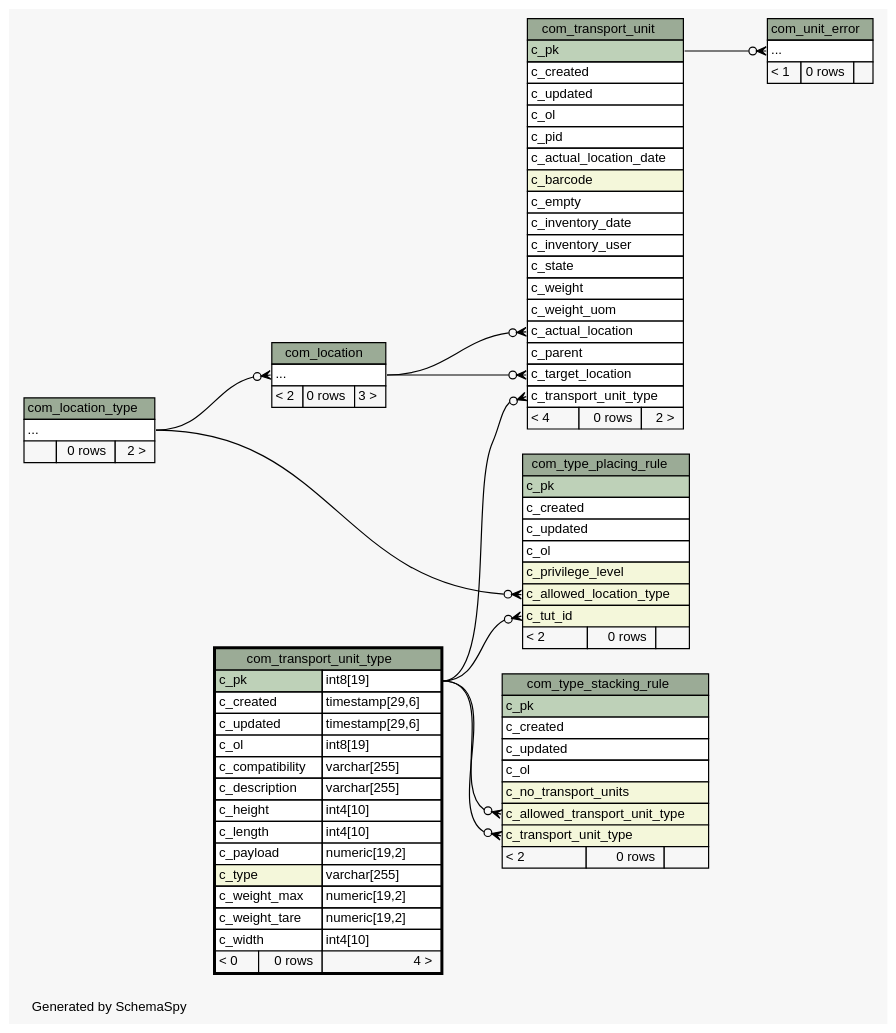
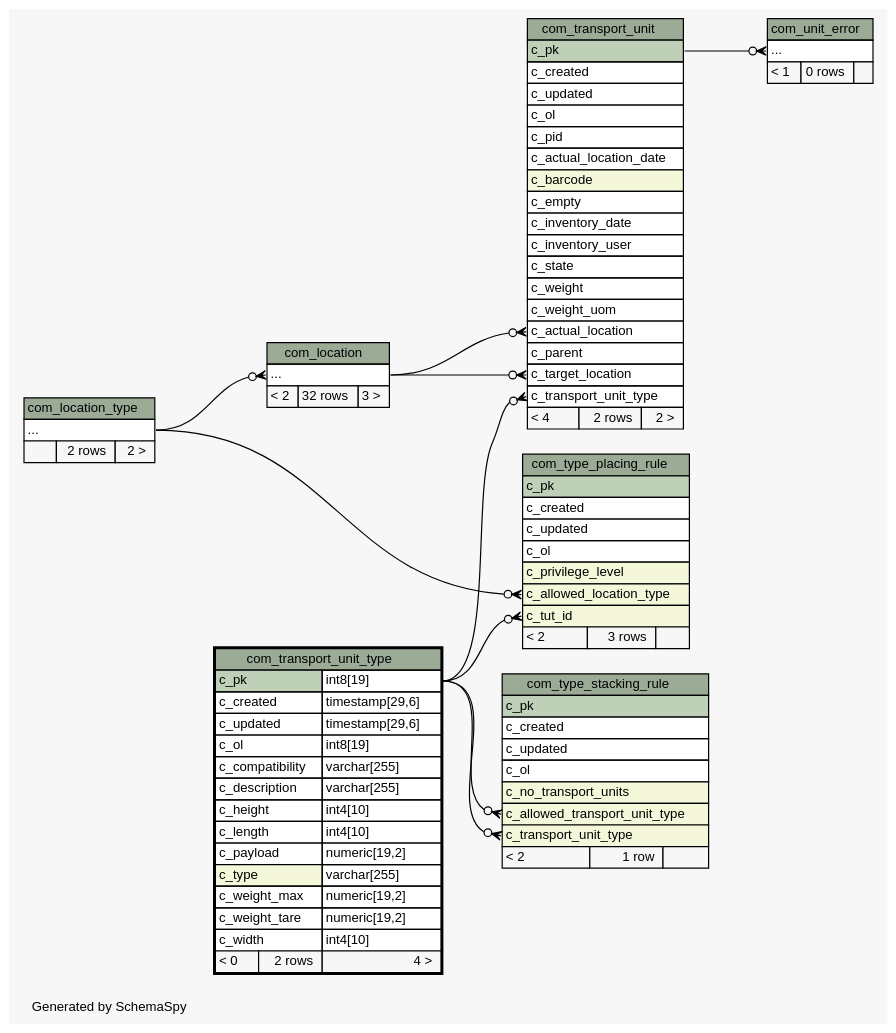
One commit to openwms/org.openwms.common.service.lib changed the diagram in schemaspy/diagrams/com_transport_unit_type.2degrees.dot. Above: the diagram before and after it, drawn with Graphviz. The commit also changed 551 other files, not shown here.

```diff
--- a/schemaspy/diagrams/com_transport_unit_type.2degrees.dot
+++ b/schemaspy/diagrams/com_transport_unit_type.2degrees.dot
@@ -1,141 +1,141 @@
-// dot 2.38.0 on Linux 4.15.0-1037-gcp
+// dot 2.36.0 on Linux 4.4.0-101-generic
 // SchemaSpy rev Unknown
 digraph "twoDegreesRelationshipsDiagram" {
   graph [
     rankdir="RL"
     bgcolor="#f7f7f7"
     label="\nGenerated by SchemaSpy"
     labeljust="l"
     nodesep="0.18"
     ranksep="0.46"
     fontname="Helvetica"
     fontsize="11"
   ];
   node [
     fontname="Helvetica"
     fontsize="11"
     shape="plaintext"
   ];
   edge [
     arrowsize="0.8"
   ];
   "com_location":"elipses":w -> "com_location_type":"elipses":e [arrowhead=none dir=back arrowtail=crowodot];
   "com_transport_unit":"c_actual_location":w -> "com_location":"elipses":e [arrowhead=none dir=back arrowtail=crowodot];
   "com_transport_unit":"c_target_location":w -> "com_location":"elipses":e [arrowhead=none dir=back arrowtail=crowodot];
   "com_transport_unit":"c_transport_unit_type":w -> "com_transport_unit_type":"c_pk.type":e [arrowhead=none dir=back arrowtail=crowodot];
   "com_type_placing_rule":"c_allowed_location_type":w -> "com_location_type":"elipses":e [arrowhead=none dir=back arrowtail=crowodot];
   "com_type_placing_rule":"c_tut_id":w -> "com_transport_unit_type":"c_pk.type":e [arrowhead=none dir=back arrowtail=crowodot];
   "com_type_stacking_rule":"c_allowed_transport_unit_type":w -> "com_transport_unit_type":"c_pk.type":e [arrowhead=none dir=back arrowtail=crowodot];
   "com_type_stacking_rule":"c_transport_unit_type":w -> "com_transport_unit_type":"c_pk.type":e [arrowhead=none dir=back arrowtail=crowodot];
   "com_unit_error":"elipses":w -> "com_transport_unit":"c_pk":e [arrowhead=none dir=back arrowtail=crowodot];
   "com_location" [
     label=<
     <TABLE BORDER="0" CELLBORDER="1" CELLSPACING="0" BGCOLOR="#ffffff">
       <TR><TD COLSPAN="3" BGCOLOR="#9bab96" ALIGN="CENTER">com_location</TD></TR>
       <TR><TD PORT="elipses" COLSPAN="3" ALIGN="LEFT">...</TD></TR>
-      <TR><TD ALIGN="LEFT" BGCOLOR="#f7f7f7">&lt; 2</TD><TD ALIGN="RIGHT" BGCOLOR="#f7f7f7">0 rows</TD><TD ALIGN="RIGHT" BGCOLOR="#f7f7f7">3 &gt;</TD></TR>
+      <TR><TD ALIGN="LEFT" BGCOLOR="#f7f7f7">&lt; 2</TD><TD ALIGN="RIGHT" BGCOLOR="#f7f7f7">32 rows</TD><TD ALIGN="RIGHT" BGCOLOR="#f7f7f7">3 &gt;</TD></TR>
     </TABLE>>
     URL="com_location.html"
     tooltip="com_location"
   ];
   "com_location_type" [
     label=<
     <TABLE BORDER="0" CELLBORDER="1" CELLSPACING="0" BGCOLOR="#ffffff">
       <TR><TD COLSPAN="3" BGCOLOR="#9bab96" ALIGN="CENTER">com_location_type</TD></TR>
       <TR><TD PORT="elipses" COLSPAN="3" ALIGN="LEFT">...</TD></TR>
-      <TR><TD ALIGN="LEFT" BGCOLOR="#f7f7f7">  </TD><TD ALIGN="RIGHT" BGCOLOR="#f7f7f7">0 rows</TD><TD ALIGN="RIGHT" BGCOLOR="#f7f7f7">2 &gt;</TD></TR>
+      <TR><TD ALIGN="LEFT" BGCOLOR="#f7f7f7">  </TD><TD ALIGN="RIGHT" BGCOLOR="#f7f7f7">2 rows</TD><TD ALIGN="RIGHT" BGCOLOR="#f7f7f7">2 &gt;</TD></TR>
     </TABLE>>
     URL="com_location_type.html"
     tooltip="com_location_type"
   ];
   "com_transport_unit" [
     label=<
     <TABLE BORDER="0" CELLBORDER="1" CELLSPACING="0" BGCOLOR="#ffffff">
       <TR><TD COLSPAN="3" BGCOLOR="#9bab96" ALIGN="CENTER">com_transport_unit</TD></TR>
       <TR><TD PORT="c_pk" COLSPAN="3" BGCOLOR="#bed1b8" ALIGN="LEFT">c_pk</TD></TR>
       <TR><TD PORT="c_created" COLSPAN="3" ALIGN="LEFT">c_created</TD></TR>
       <TR><TD PORT="c_updated" COLSPAN="3" ALIGN="LEFT">c_updated</TD></TR>
       <TR><TD PORT="c_ol" COLSPAN="3" ALIGN="LEFT">c_ol</TD></TR>
       <TR><TD PORT="c_pid" COLSPAN="3" ALIGN="LEFT">c_pid</TD></TR>
       <TR><TD PORT="c_actual_location_date" COLSPAN="3" ALIGN="LEFT">c_actual_location_date</TD></TR>
       <TR><TD PORT="c_barcode" COLSPAN="3" BGCOLOR="#f4f7da" ALIGN="LEFT">c_barcode</TD></TR>
       <TR><TD PORT="c_empty" COLSPAN="3" ALIGN="LEFT">c_empty</TD></TR>
       <TR><TD PORT="c_inventory_date" COLSPAN="3" ALIGN="LEFT">c_inventory_date</TD></TR>
       <TR><TD PORT="c_inventory_user" COLSPAN="3" ALIGN="LEFT">c_inventory_user</TD></TR>
       <TR><TD PORT="c_state" COLSPAN="3" ALIGN="LEFT">c_state</TD></TR>
       <TR><TD PORT="c_weight" COLSPAN="3" ALIGN="LEFT">c_weight</TD></TR>
       <TR><TD PORT="c_weight_uom" COLSPAN="3" ALIGN="LEFT">c_weight_uom</TD></TR>
       <TR><TD PORT="c_actual_location" COLSPAN="3" ALIGN="LEFT">c_actual_location</TD></TR>
       <TR><TD PORT="c_parent" COLSPAN="3" ALIGN="LEFT">c_parent</TD></TR>
       <TR><TD PORT="c_target_location" COLSPAN="3" ALIGN="LEFT">c_target_location</TD></TR>
       <TR><TD PORT="c_transport_unit_type" COLSPAN="3" ALIGN="LEFT">c_transport_unit_type</TD></TR>
-      <TR><TD ALIGN="LEFT" BGCOLOR="#f7f7f7">&lt; 4</TD><TD ALIGN="RIGHT" BGCOLOR="#f7f7f7">0 rows</TD><TD ALIGN="RIGHT" BGCOLOR="#f7f7f7">2 &gt;</TD></TR>
+      <TR><TD ALIGN="LEFT" BGCOLOR="#f7f7f7">&lt; 4</TD><TD ALIGN="RIGHT" BGCOLOR="#f7f7f7">2 rows</TD><TD ALIGN="RIGHT" BGCOLOR="#f7f7f7">2 &gt;</TD></TR>
     </TABLE>>
     URL="com_transport_unit.html"
     tooltip="com_transport_unit"
   ];
   "com_transport_unit_type" [
     label=<
     <TABLE BORDER="2" CELLBORDER="1" CELLSPACING="0" BGCOLOR="#ffffff">
       <TR><TD COLSPAN="3" BGCOLOR="#9bab96" ALIGN="CENTER">com_transport_unit_type</TD></TR>
       <TR><TD PORT="c_pk" COLSPAN="2" BGCOLOR="#bed1b8" ALIGN="LEFT">c_pk</TD><TD PORT="c_pk.type" ALIGN="LEFT">int8[19]</TD></TR>
       <TR><TD PORT="c_created" COLSPAN="2" ALIGN="LEFT">c_created</TD><TD PORT="c_created.type" ALIGN="LEFT">timestamp[29,6]</TD></TR>
       <TR><TD PORT="c_updated" COLSPAN="2" ALIGN="LEFT">c_updated</TD><TD PORT="c_updated.type" ALIGN="LEFT">timestamp[29,6]</TD></TR>
       <TR><TD PORT="c_ol" COLSPAN="2" ALIGN="LEFT">c_ol</TD><TD PORT="c_ol.type" ALIGN="LEFT">int8[19]</TD></TR>
       <TR><TD PORT="c_compatibility" COLSPAN="2" ALIGN="LEFT">c_compatibility</TD><TD PORT="c_compatibility.type" ALIGN="LEFT">varchar[255]</TD></TR>
       <TR><TD PORT="c_description" COLSPAN="2" ALIGN="LEFT">c_description</TD><TD PORT="c_description.type" ALIGN="LEFT">varchar[255]</TD></TR>
       <TR><TD PORT="c_height" COLSPAN="2" ALIGN="LEFT">c_height</TD><TD PORT="c_height.type" ALIGN="LEFT">int4[10]</TD></TR>
       <TR><TD PORT="c_length" COLSPAN="2" ALIGN="LEFT">c_length</TD><TD PORT="c_length.type" ALIGN="LEFT">int4[10]</TD></TR>
       <TR><TD PORT="c_payload" COLSPAN="2" ALIGN="LEFT">c_payload</TD><TD PORT="c_payload.type" ALIGN="LEFT">numeric[19,2]</TD></TR>
       <TR><TD PORT="c_type" COLSPAN="2" BGCOLOR="#f4f7da" ALIGN="LEFT">c_type</TD><TD PORT="c_type.type" ALIGN="LEFT">varchar[255]</TD></TR>
       <TR><TD PORT="c_weight_max" COLSPAN="2" ALIGN="LEFT">c_weight_max</TD><TD PORT="c_weight_max.type" ALIGN="LEFT">numeric[19,2]</TD></TR>
       <TR><TD PORT="c_weight_tare" COLSPAN="2" ALIGN="LEFT">c_weight_tare</TD><TD PORT="c_weight_tare.type" ALIGN="LEFT">numeric[19,2]</TD></TR>
       <TR><TD PORT="c_width" COLSPAN="2" ALIGN="LEFT">c_width</TD><TD PORT="c_width.type" ALIGN="LEFT">int4[10]</TD></TR>
-      <TR><TD ALIGN="LEFT" BGCOLOR="#f7f7f7">&lt; 0</TD><TD ALIGN="RIGHT" BGCOLOR="#f7f7f7">0 rows</TD><TD ALIGN="RIGHT" BGCOLOR="#f7f7f7">4 &gt;</TD></TR>
+      <TR><TD ALIGN="LEFT" BGCOLOR="#f7f7f7">&lt; 0</TD><TD ALIGN="RIGHT" BGCOLOR="#f7f7f7">2 rows</TD><TD ALIGN="RIGHT" BGCOLOR="#f7f7f7">4 &gt;</TD></TR>
     </TABLE>>
     URL="com_transport_unit_type.html"
     tooltip="com_transport_unit_type"
   ];
   "com_type_placing_rule" [
     label=<
     <TABLE BORDER="0" CELLBORDER="1" CELLSPACING="0" BGCOLOR="#ffffff">
       <TR><TD COLSPAN="3" BGCOLOR="#9bab96" ALIGN="CENTER">com_type_placing_rule</TD></TR>
       <TR><TD PORT="c_pk" COLSPAN="3" BGCOLOR="#bed1b8" ALIGN="LEFT">c_pk</TD></TR>
       <TR><TD PORT="c_created" COLSPAN="3" ALIGN="LEFT">c_created</TD></TR>
       <TR><TD PORT="c_updated" COLSPAN="3" ALIGN="LEFT">c_updated</TD></TR>
       <TR><TD PORT="c_ol" COLSPAN="3" ALIGN="LEFT">c_ol</TD></TR>
       <TR><TD PORT="c_privilege_level" COLSPAN="3" BGCOLOR="#f4f7da" ALIGN="LEFT">c_privilege_level</TD></TR>
       <TR><TD PORT="c_allowed_location_type" COLSPAN="3" BGCOLOR="#f4f7da" ALIGN="LEFT">c_allowed_location_type</TD></TR>
       <TR><TD PORT="c_tut_id" COLSPAN="3" BGCOLOR="#f4f7da" ALIGN="LEFT">c_tut_id</TD></TR>
-      <TR><TD ALIGN="LEFT" BGCOLOR="#f7f7f7">&lt; 2</TD><TD ALIGN="RIGHT" BGCOLOR="#f7f7f7">0 rows</TD><TD ALIGN="RIGHT" BGCOLOR="#f7f7f7">  </TD></TR>
+      <TR><TD ALIGN="LEFT" BGCOLOR="#f7f7f7">&lt; 2</TD><TD ALIGN="RIGHT" BGCOLOR="#f7f7f7">3 rows</TD><TD ALIGN="RIGHT" BGCOLOR="#f7f7f7">  </TD></TR>
     </TABLE>>
     URL="com_type_placing_rule.html"
     tooltip="com_type_placing_rule"
   ];
   "com_type_stacking_rule" [
     label=<
     <TABLE BORDER="0" CELLBORDER="1" CELLSPACING="0" BGCOLOR="#ffffff">
       <TR><TD COLSPAN="3" BGCOLOR="#9bab96" ALIGN="CENTER">com_type_stacking_rule</TD></TR>
       <TR><TD PORT="c_pk" COLSPAN="3" BGCOLOR="#bed1b8" ALIGN="LEFT">c_pk</TD></TR>
       <TR><TD PORT="c_created" COLSPAN="3" ALIGN="LEFT">c_created</TD></TR>
       <TR><TD PORT="c_updated" COLSPAN="3" ALIGN="LEFT">c_updated</TD></TR>
       <TR><TD PORT="c_ol" COLSPAN="3" ALIGN="LEFT">c_ol</TD></TR>
       <TR><TD PORT="c_no_transport_units" COLSPAN="3" BGCOLOR="#f4f7da" ALIGN="LEFT">c_no_transport_units</TD></TR>
       <TR><TD PORT="c_allowed_transport_unit_type" COLSPAN="3" BGCOLOR="#f4f7da" ALIGN="LEFT">c_allowed_transport_unit_type</TD></TR>
       <TR><TD PORT="c_transport_unit_type" COLSPAN="3" BGCOLOR="#f4f7da" ALIGN="LEFT">c_transport_unit_type</TD></TR>
-      <TR><TD ALIGN="LEFT" BGCOLOR="#f7f7f7">&lt; 2</TD><TD ALIGN="RIGHT" BGCOLOR="#f7f7f7">0 rows</TD><TD ALIGN="RIGHT" BGCOLOR="#f7f7f7">  </TD></TR>
+      <TR><TD ALIGN="LEFT" BGCOLOR="#f7f7f7">&lt; 2</TD><TD ALIGN="RIGHT" BGCOLOR="#f7f7f7">1 row</TD><TD ALIGN="RIGHT" BGCOLOR="#f7f7f7">  </TD></TR>
     </TABLE>>
     URL="com_type_stacking_rule.html"
     tooltip="com_type_stacking_rule"
   ];
   "com_unit_error" [
     label=<
     <TABLE BORDER="0" CELLBORDER="1" CELLSPACING="0" BGCOLOR="#ffffff">
       <TR><TD COLSPAN="3" BGCOLOR="#9bab96" ALIGN="CENTER">com_unit_error</TD></TR>
       <TR><TD PORT="elipses" COLSPAN="3" ALIGN="LEFT">...</TD></TR>
       <TR><TD ALIGN="LEFT" BGCOLOR="#f7f7f7">&lt; 1</TD><TD ALIGN="RIGHT" BGCOLOR="#f7f7f7">0 rows</TD><TD ALIGN="RIGHT" BGCOLOR="#f7f7f7">  </TD></TR>
     </TABLE>>
     URL="com_unit_error.html"
     tooltip="com_unit_error"
   ];
 }
```
